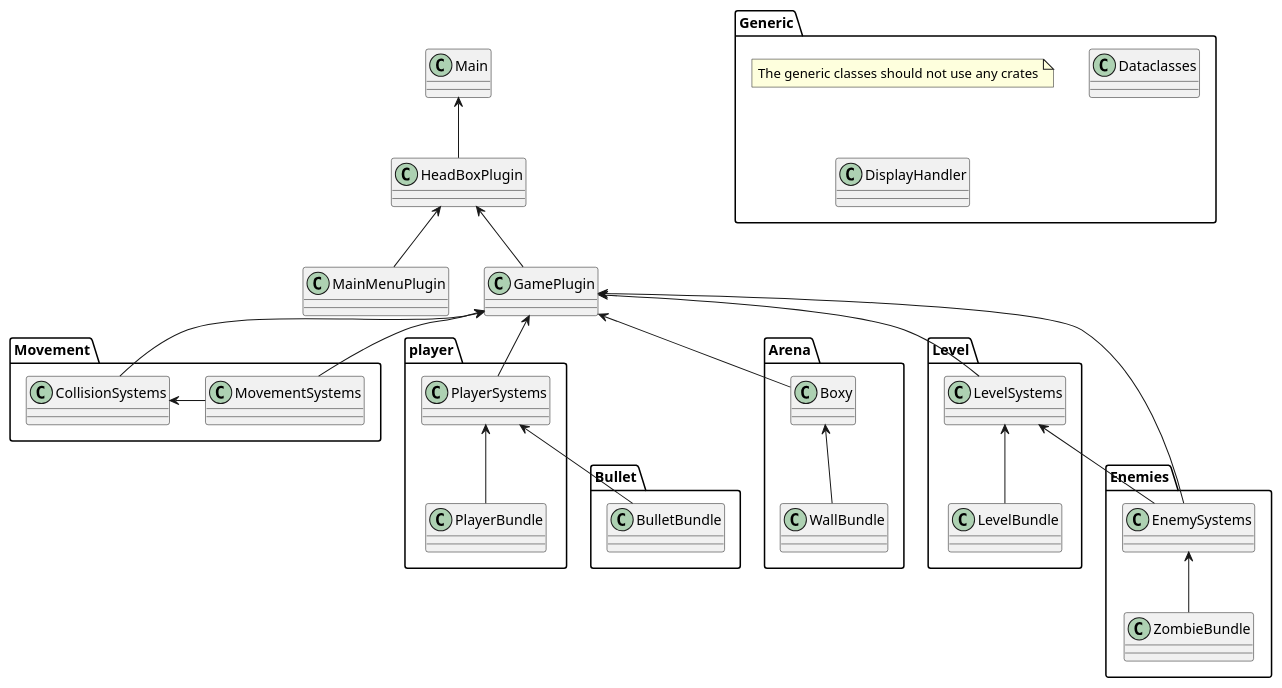
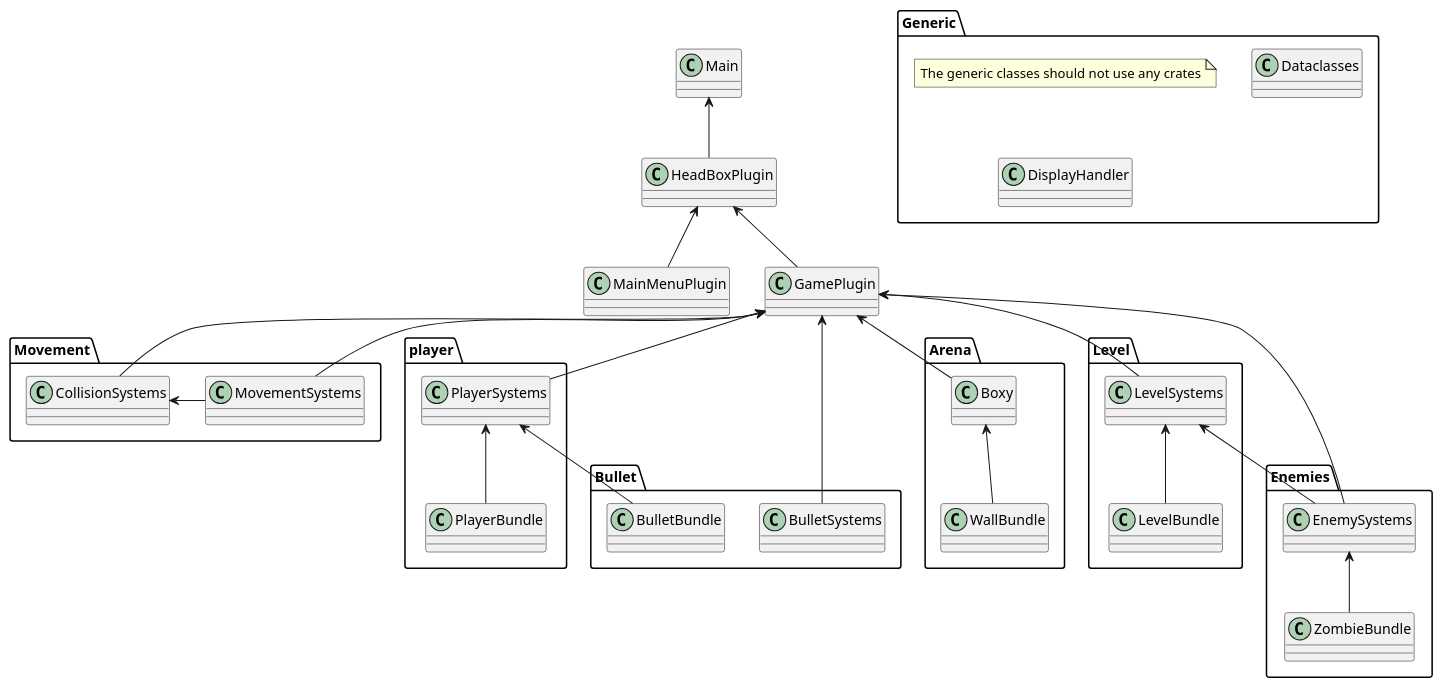
Before and after one commit to LuukHenk/head_box: the diagram in docs/class_layout.puml, drawn with PlantUML. The commit also changed 9 other files, not shown here.

```diff
--- a/docs/class_layout.puml
+++ b/docs/class_layout.puml
@@ -1,65 +1,66 @@
 @startuml
 class Main
 class HeadBoxPlugin
 class MainMenuPlugin
 class GamePlugin
 
 
 package Generic {
     note "The generic classes should not use any crates" as N1
     class Dataclasses
     class DisplayHandler
 }
 
 package player {
     class PlayerSystems
     class PlayerBundle
 }
 
 package Bullet {
     class BulletBundle
+    class BulletSystems
 }
 
 package Enemies {
     class EnemySystems
     class ZombieBundle
 }
 package Movement {
     class MovementSystems
     class CollisionSystems
 }
 package Arena{
     class WallBundle
     class Boxy
 }
 package Level{
     class LevelBundle
     class LevelSystems
 }
 
 
 Main <-- HeadBoxPlugin
 
 HeadBoxPlugin <-- MainMenuPlugin
 HeadBoxPlugin <-- GamePlugin
 
 GamePlugin <-- PlayerSystems
 PlayerSystems <-- PlayerBundle
 
-
+GamePlugin <-- BulletSystems
 PlayerSystems <-- BulletBundle
 
 GamePlugin <-- EnemySystems
 EnemySystems <-- ZombieBundle
 
 GamePlugin <-- MovementSystems
 GamePlugin <-- CollisionSystems
 CollisionSystems <- MovementSystems
 
 GamePlugin <-- Boxy
 Boxy <-- WallBundle
 
 GamePlugin <-- LevelSystems
 LevelSystems <-- LevelBundle
 LevelSystems <-- EnemySystems
 @enduml
```
